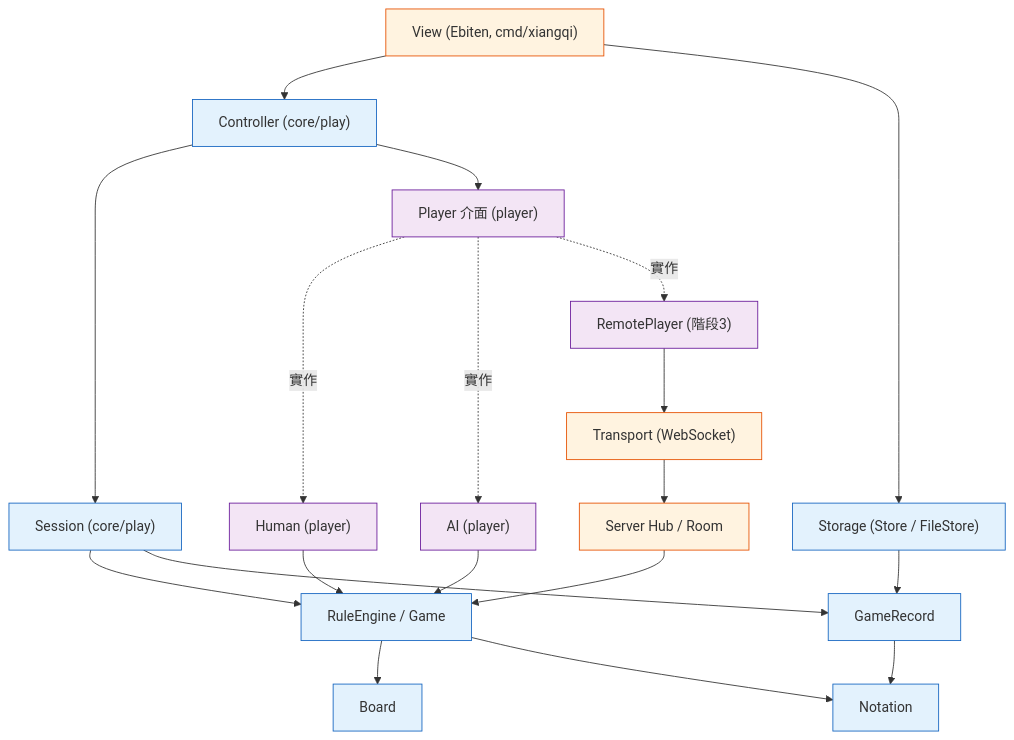
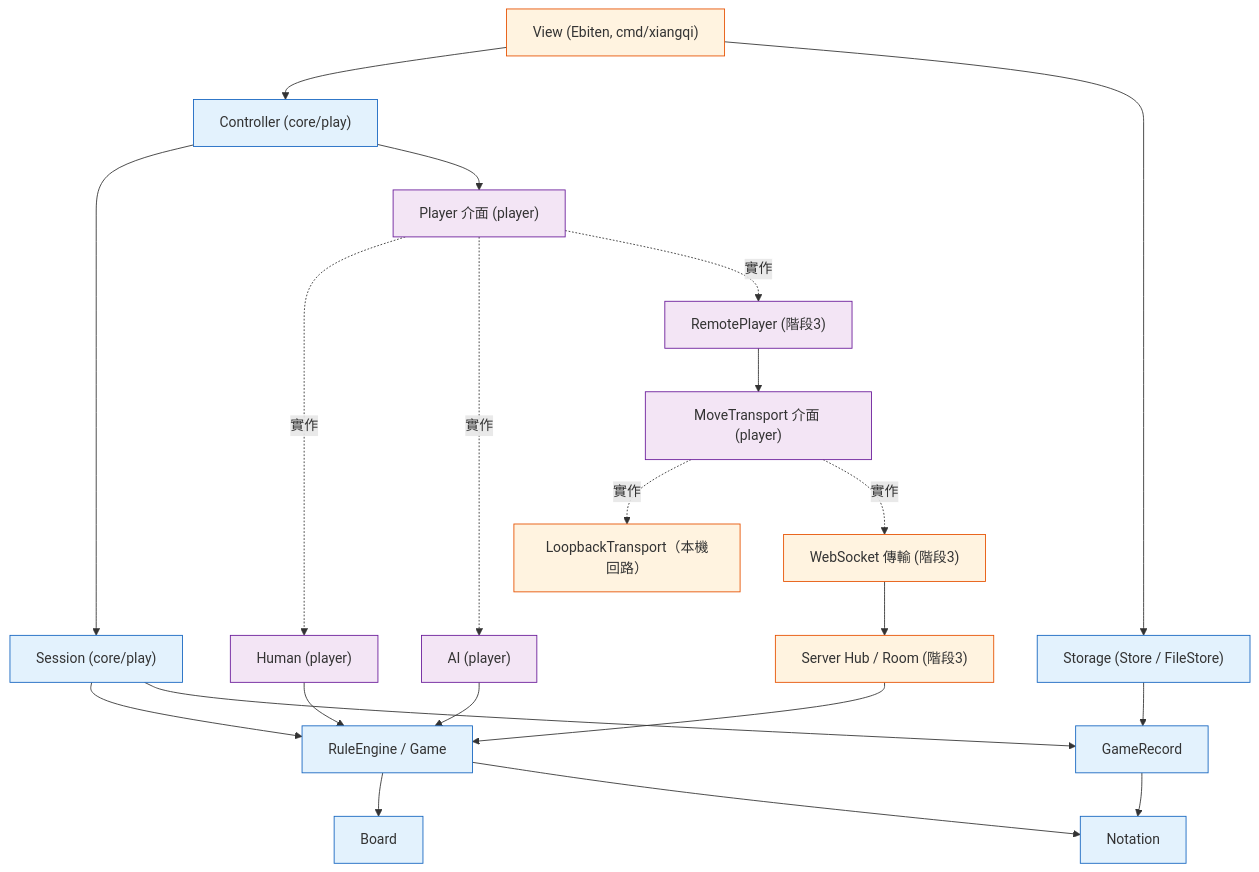
One commit to leetcode-golang-classroom/xiangqi-platform changed the first of 2 diagrams in docs/DESIGN.md. Above: the diagram before and after it, drawn with Mermaid. The commit also changed other lines of this file and 7 other files, not shown here.

First line of the commit message:
✨ 新增 LoopbackTransport 本機回路傳輸＋線上傳輸分層設計

````diff
--- a/docs/DESIGN.md
+++ b/docs/DESIGN.md
@@ -7,28 +7,30 @@
 ```mermaid
 graph TD
     View["View (Ebiten, cmd/xiangqi)"] --> Ctl["Controller (core/play)"]
     Ctl --> Sess["Session (core/play)"]
     Ctl --> P["Player 介面 (player)"]
     Sess --> Eng[RuleEngine / Game]
     Sess --> Rec[GameRecord]
     View --> St["Storage (Store / FileStore)"]
     P -. 實作 .-> Human["Human (player)"]
     P -. 實作 .-> AI["AI (player)"]
     P -. 實作 .-> Remote["RemotePlayer (階段3)"]
     Eng --> Bd[Board]
     Eng --> Nt[Notation]
     Rec --> Nt
     St --> Rec
     Human --> Eng
     AI --> Eng
-    Remote --> Tr["Transport (WebSocket)"]
-    Tr --> Hub["Server Hub / Room"]
+    Remote --> Tr["MoveTransport 介面 (player)"]
+    Tr -. 實作 .-> Lb["LoopbackTransport（本機回路）"]
+    Tr -. 實作 .-> Ws["WebSocket 傳輸 (階段3)"]
+    Ws --> Hub["Server Hub / Room (階段3)"]
     Hub --> Eng
 
     classDef core fill:#e3f2fd,stroke:#1565c0;
     classDef abst fill:#f3e5f5,stroke:#6a1b9a;
     classDef plat fill:#fff3e0,stroke:#e65100;
     class Bd,Eng,Nt,Rec,St,Sess,Ctl core;
-    class P,Human,AI,Remote abst;
-    class View,Tr,Hub plat;
+    class P,Human,AI,Remote,Tr abst;
+    class View,Lb,Ws,Hub plat;
 ```
````
